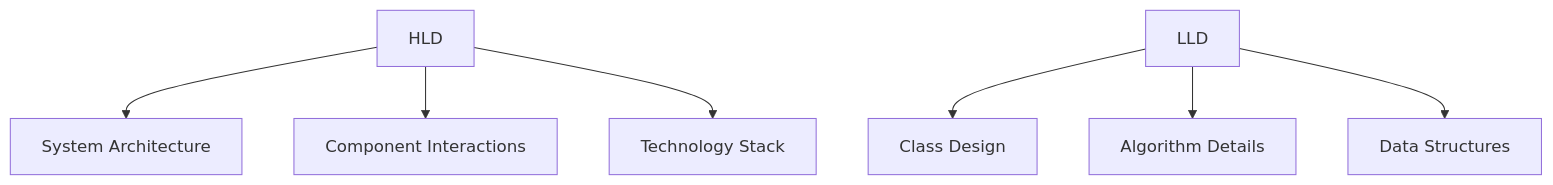
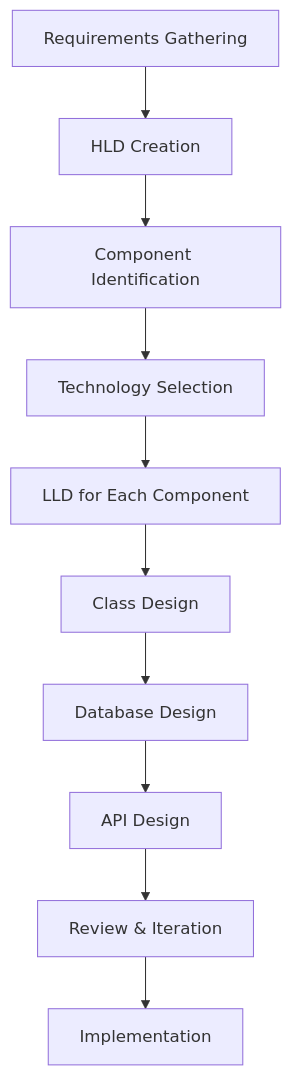
The first of 3 diagrams in lld-hld-basics/README.md (VrushankPatel/interview-matters), drawn with Mermaid before and after one commit. The commit also changed other lines of this file and 5 other files, not shown here.

Commit message:
kb: add/update topics LLD HLD basics, Replication vs Sharding vs Partitioning, Caching, Latency and Throughput zero to hero, Monitoring and Logging

````diff
--- a/lld-hld-basics/README.md
+++ b/lld-hld-basics/README.md
@@ -37,9 +47,12 @@
 ```mermaid
-graph TD
-    A[HLD] --> B[System Architecture]
-    A --> C[Component Interactions]
-    A --> D[Technology Stack]
-    E[LLD] --> F[Class Design]
-    E --> G[Algorithm Details]
-    E --> H[Data Structures]
+flowchart TD
+    A[Requirements Gathering] --> B[HLD Creation]
+    B --> C[Component Identification]
+    C --> D[Technology Selection]
+    D --> E[LLD for Each Component]
+    E --> F[Class Design]
+    F --> G[Database Design]
+    G --> H[API Design]
+    H --> I[Review & Iteration]
+    I --> J[Implementation]
 ```
````
